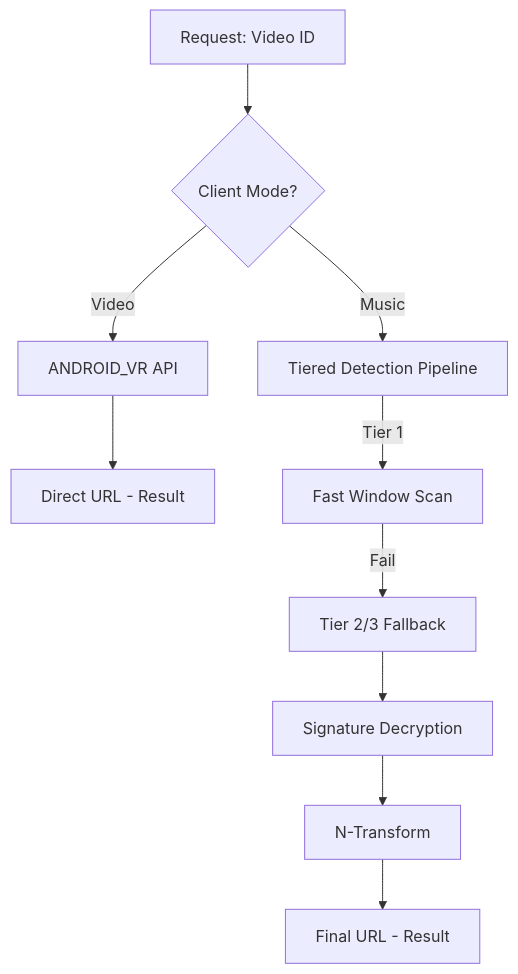
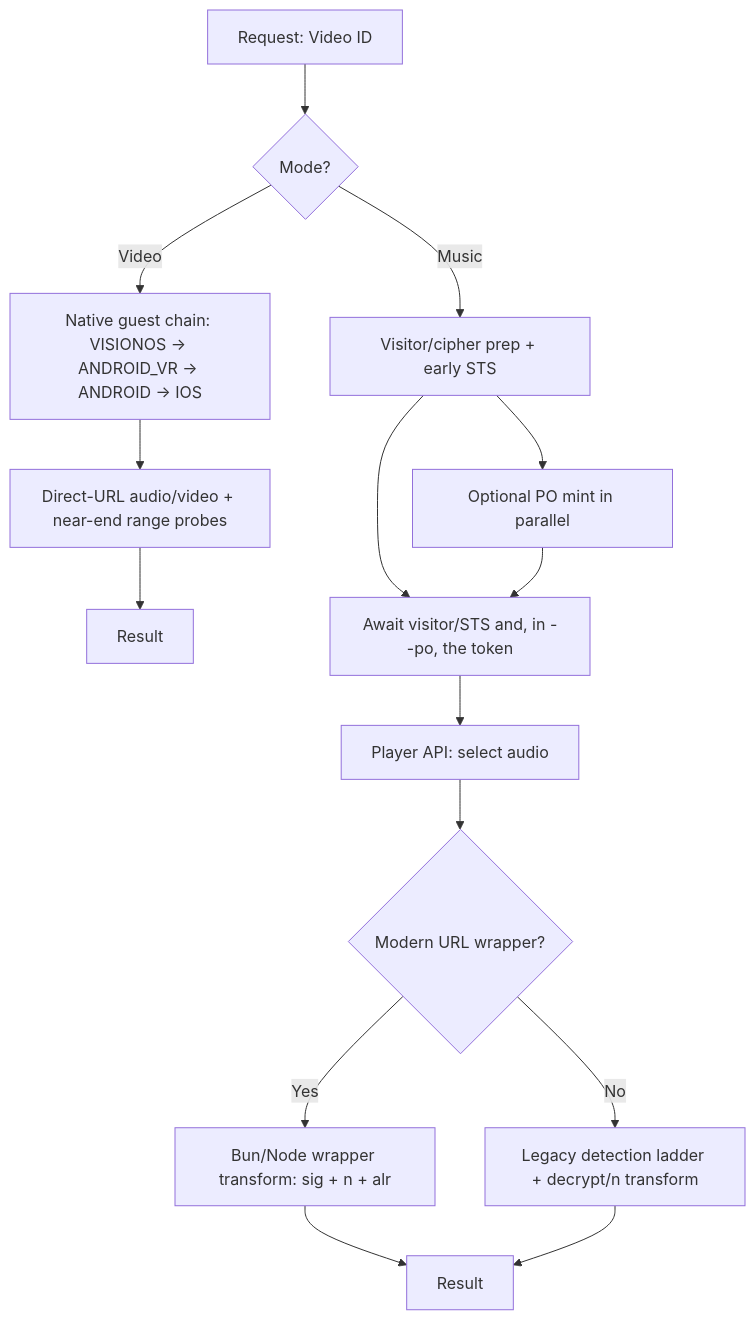
The diagram in docs/architecture/overview.md (mrjared16/ytx), drawn with Mermaid before and after one commit. The commit also changed other lines of this file and 5 other files, not shown here.

First line of the commit message:
docs(architecture): describe current extraction runtimes and cache behavior

````diff
--- a/docs/architecture/overview.md
+++ b/docs/architecture/overview.md
@@ -25,12 +29,17 @@
 ```mermaid
 graph TD
-    A[Request: Video ID] --> B{Client Mode?}
-    B -- Video --> C[ANDROID_VR API]
-    C --> D[Direct URL - Result]
-    B -- Music --> E[Tiered Detection Pipeline]
-    E -- Tier 1 --> F[Fast Window Scan]
-    F -- Fail --> G[Tier 2/3 Fallback]
-    G --> H[Signature Decryption]
-    H --> I[N-Transform]
-    I --> J[Final URL - Result]
+    A[Request: Video ID] --> B{Mode?}
+    B -- Video --> C[Native guest chain: VISIONOS → ANDROID_VR → ANDROID → IOS]
+    C --> D[Direct-URL audio/video + near-end range probes]
+    D --> E[Result]
+    B -- Music --> F[Visitor/cipher prep + early STS]
+    F --> P[Optional PO mint in parallel]
+    F --> G[Await visitor/STS and, in --po, the token]
+    P --> G
+    G --> H[Player API: select audio]
+    H --> I{Modern URL wrapper?}
+    I -- Yes --> J[Bun/Node wrapper transform: sig + n + alr]
+    I -- No --> K[Legacy detection ladder + decrypt/n transform]
+    J --> L[Result]
+    K --> L
 ```
````
